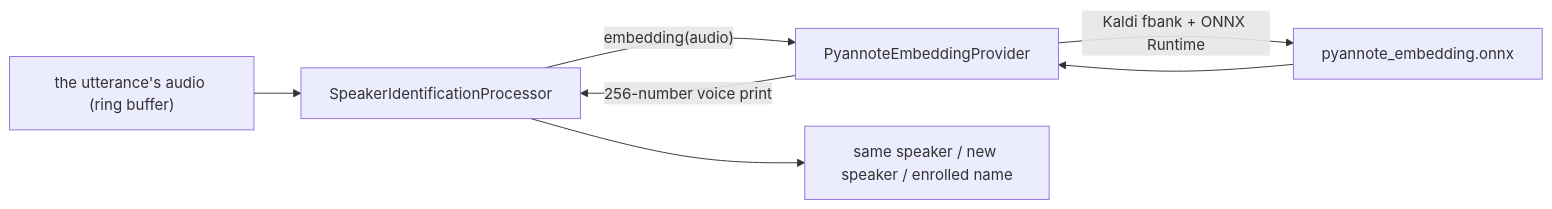
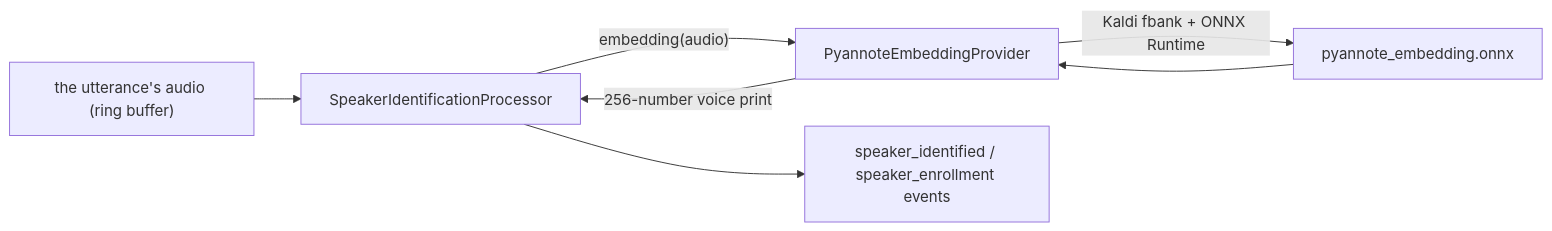
Before and after one commit to fatehmtd/VASDK: the diagram in docs/providers/pyannote.md, drawn with Mermaid. The commit also changed other lines of this file and 33 other files, not shown here.

````diff
--- a/docs/providers/pyannote.md
+++ b/docs/providers/pyannote.md
@@ -44,9 +55,9 @@
 ```mermaid
 flowchart LR
     In["the utterance's audio (ring buffer)"] --> Processor["SpeakerIdentificationProcessor"]
     Processor -->|"embedding(audio)"| Provider["PyannoteEmbeddingProvider"]
     Provider -->|"Kaldi fbank + ONNX Runtime"| Engine["pyannote_embedding.onnx"]
     Engine --> Provider
     Provider -->|"256-number voice print"| Processor
-    Processor --> Out["same speaker / new speaker / enrolled name"]
+    Processor --> Out["speaker_identified / speaker_enrollment events"]
 ```
````
